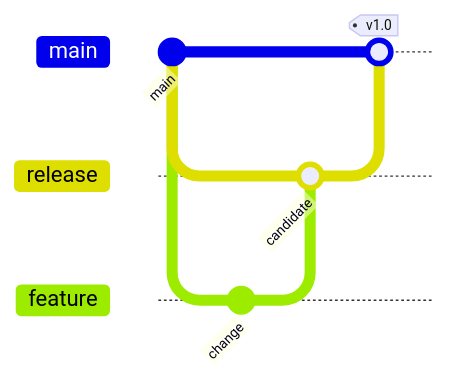
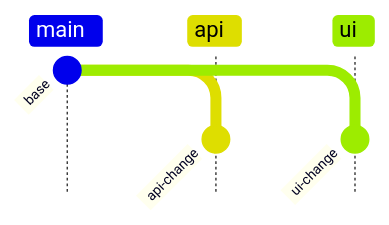
One commit to mols3131d/mols-agent-assets changed the third of 3 diagrams in src/rulesync/.rulesync/skills/mols-mermaid-diagram/references/examples/git-graph.md. Above: the diagram before and after it, drawn with Mermaid. The commit also changed other lines of this file and 27 other files, not shown here.

Commit message:
docs(mermaid): diagram examples 단계별 고도화

````diff
--- a/src/rulesync/.rulesync/skills/mols-mermaid-diagram/references/examples/git-graph.md
+++ b/src/rulesync/.rulesync/skills/mols-mermaid-diagram/references/examples/git-graph.md
@@ -38,12 +82,14 @@
 ```mermaid
-gitGraph LR:
-    commit id: "main"
-    branch release
-    branch feature
-    checkout feature
-    commit id: "change"
-    checkout release
-    merge feature id: "candidate"
+---
+config:
+  gitGraph:
+    parallelCommits: true
+---
+gitGraph TB:
+    commit id: "base"
+    branch api
+    commit id: "api-change"
     checkout main
-    merge release tag: "v1.0"
+    branch ui
+    commit id: "ui-change"
 ```
````
